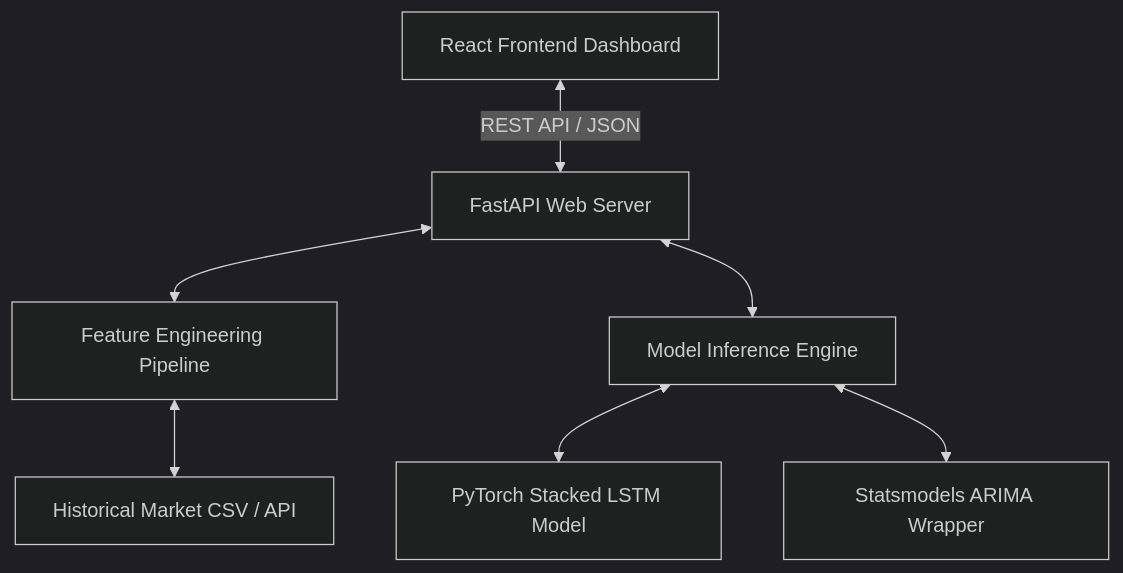
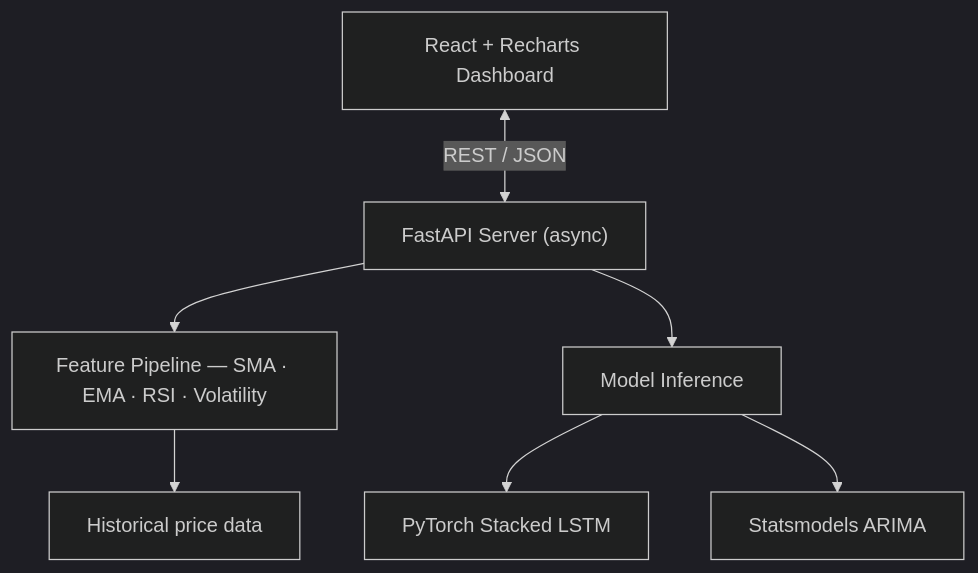
One commit to VenkataVinesh/Asset-Price-Prediction-Platform changed the diagram in README.md. Above: the diagram before and after it, drawn with Mermaid (dark theme). The commit also changed other lines of this file, not shown here.

Commit message:
docs: rewrite README with accurate architecture and setup info

````diff
--- a/README.md
+++ b/README.md
@@ -20,9 +23,9 @@
 ```mermaid
 graph TD
-    Client[React Frontend Dashboard] <--> |REST API / JSON| API[FastAPI Web Server]
-    API <--> DataPipe[Feature Engineering Pipeline]
-    API <--> ModelRegistry[Model Inference Engine]
-    DataPipe <--> DB[Historical Market CSV / API]
-    ModelRegistry <--> PyTorchLSTM[PyTorch Stacked LSTM Model]
-    ModelRegistry <--> StatsmodelsARIMA[Statsmodels ARIMA Wrapper]
+    Client["React + Recharts Dashboard"] <-->|REST / JSON| API["FastAPI Server (async)"]
+    API --> Pipe["Feature Pipeline — SMA · EMA · RSI · Volatility"]
+    API --> Infer["Model Inference"]
+    Infer --> LSTM["PyTorch Stacked LSTM"]
+    Infer --> ARIMA["Statsmodels ARIMA"]
+    Pipe --> Data["Historical price data"]
 ```
````
